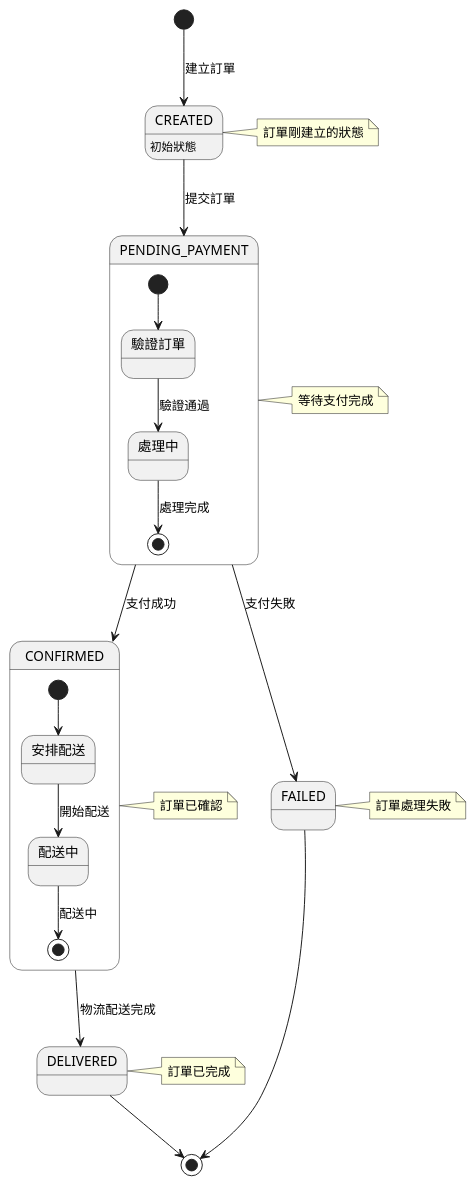
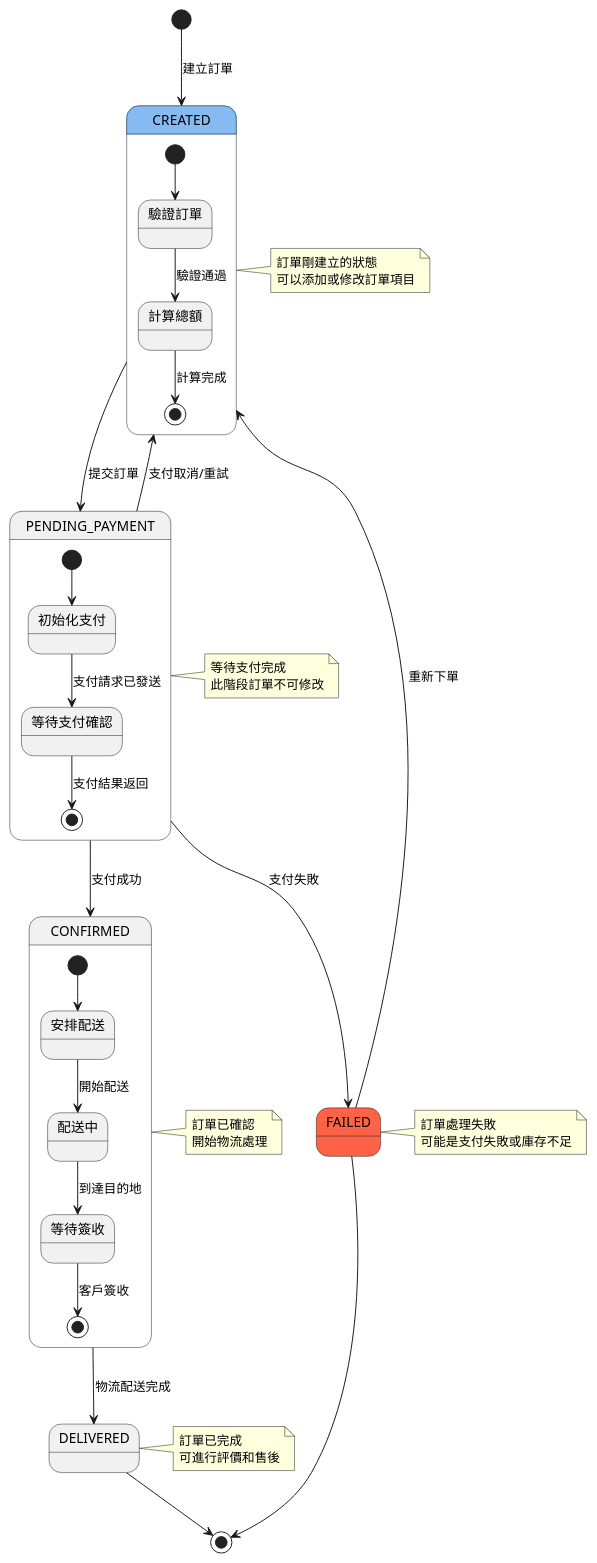
The diagram in docs/uml/state-diagram.puml (humank/genai-demo), drawn with PlantUML before and after one commit. The commit also changed 40 other files, not shown here.

Commit message:
Add use case diagram for the system in SVG format

```diff
--- a/docs/uml/state-diagram.puml
+++ b/docs/uml/state-diagram.puml
@@ -1,54 +1,73 @@
 @startuml 訂單狀態圖
 skinparam state {
     BackgroundColor<<initial>> #85BBF0
     BackgroundColor<<final>> #FFA07A
+    BackgroundColor<<error>> #FF6347
 }
 
 [*] --> CREATED : 建立訂單
-state CREATED : 初始狀態
+state CREATED <<initial>> {
+    state "驗證訂單" as VALIDATING
+    state "計算總額" as CALCULATING
+    [*] --> VALIDATING
+    VALIDATING --> CALCULATING : 驗證通過
+    CALCULATING --> [*] : 計算完成
+}
+
 CREATED --> PENDING_PAYMENT : 提交訂單
-
 state PENDING_PAYMENT {
-    state "驗證訂單" as VALIDATING
-    state "處理中" as PROCESSING
-    [*] --> VALIDATING
-    VALIDATING --> PROCESSING : 驗證通過
-    PROCESSING --> [*] : 處理完成
+    state "初始化支付" as INIT_PAYMENT
+    state "等待支付確認" as WAITING_PAYMENT
+    [*] --> INIT_PAYMENT
+    INIT_PAYMENT --> WAITING_PAYMENT : 支付請求已發送
+    WAITING_PAYMENT --> [*] : 支付結果返回
 }
 
 PENDING_PAYMENT --> CONFIRMED : 支付成功
-PENDING_PAYMENT --> FAILED : 支付失敗
+PENDING_PAYMENT --> FAILED <<error>> : 支付失敗
 
 state CONFIRMED {
     state "安排配送" as ARRANGING_DELIVERY
     state "配送中" as SHIPPING
+    state "等待簽收" as WAITING_RECEIPT
     [*] --> ARRANGING_DELIVERY
     ARRANGING_DELIVERY --> SHIPPING : 開始配送
-    SHIPPING --> [*] : 配送中
+    SHIPPING --> WAITING_RECEIPT : 到達目的地
+    WAITING_RECEIPT --> [*] : 客戶簽收
 }
 
 CONFIRMED --> DELIVERED : 物流配送完成
-DELIVERED --> [*]
-FAILED --> [*]
+DELIVERED --> [*] <<final>>
+FAILED --> [*] <<final>>
 
+' 可能的狀態轉換
+PENDING_PAYMENT --> CREATED : 支付取消/重試
+FAILED --> CREATED : 重新下單
+
+' 註解
 note right of CREATED
   訂單剛建立的狀態
+  可以添加或修改訂單項目
 end note
 
 note right of PENDING_PAYMENT
   等待支付完成
+  此階段訂單不可修改
 end note
 
 note right of CONFIRMED
   訂單已確認
+  開始物流處理
 end note
 
 note right of DELIVERED
   訂單已完成
+  可進行評價和售後
 end note
 
 note right of FAILED
   訂單處理失敗
+  可能是支付失敗或庫存不足
 end note
 
 @enduml
```
